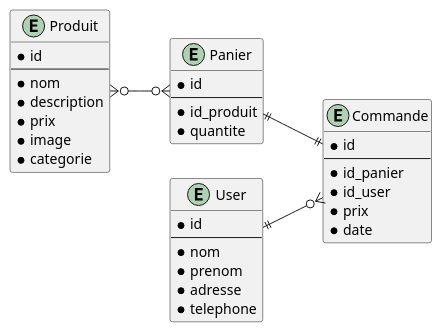
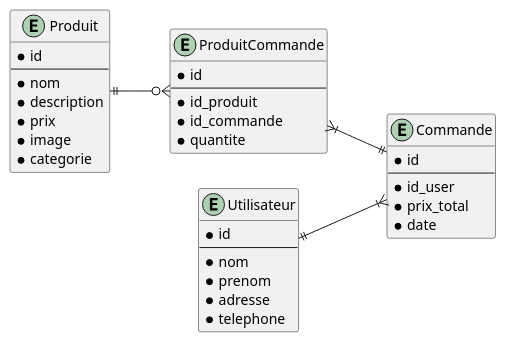
One commit to LeaBoillot/S03-LocalExpress-LeaBoillot changed the diagram in assets/erd.puml. Above: the diagram before and after it, drawn with PlantUML. The commit also changed 2 other files, not shown here.

Commit message:
Improve ERD diagram & fix activity diagram

```diff
--- a/assets/erd.puml
+++ b/assets/erd.puml
@@ -1,40 +1,40 @@
 left to right direction
 
 entity "Produit" as produit {
     * id
     --
     * nom
     * description
     * prix
     * image
     * categorie
 }
 
-entity "Panier" as panier {
+entity "ProduitCommande" as panier {
     * id
     --
     * id_produit
+    * id_commande
     * quantite
 }
 
 entity "Commande" as commande {
     * id
     --
-    * id_panier
     * id_user
-    * prix
+    * prix_total
     * date
 }
 
-entity "User" as user {
+entity "Utilisateur" as user {
     * id
     --
     * nom
     * prenom
     * adresse
     * telephone
 }
 
-produit }o--o{ panier
-panier ||--|| commande
-user ||--o{ commande
+produit ||--o{ panier
+panier }|--|| commande
+user ||--|{ commande
```
